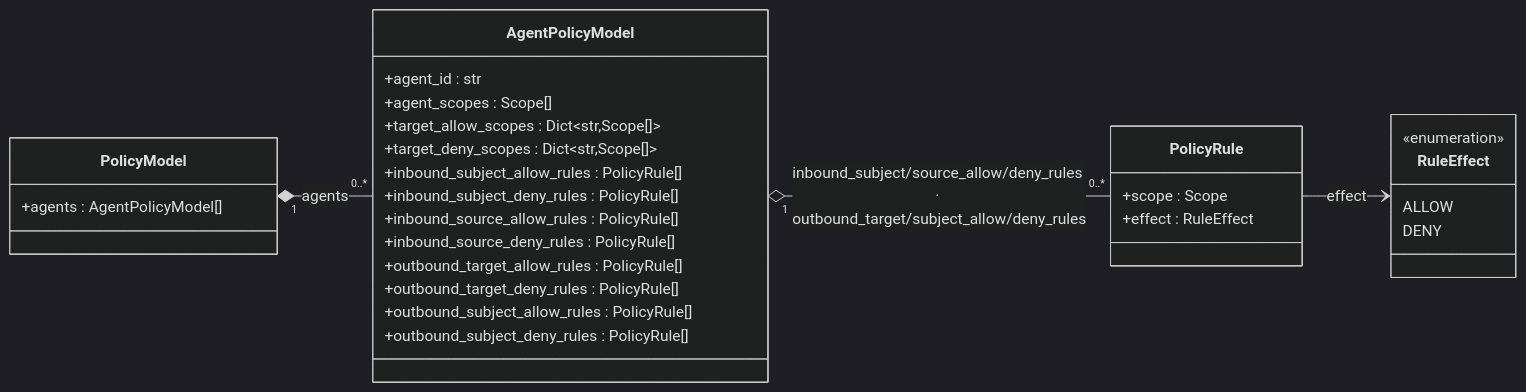
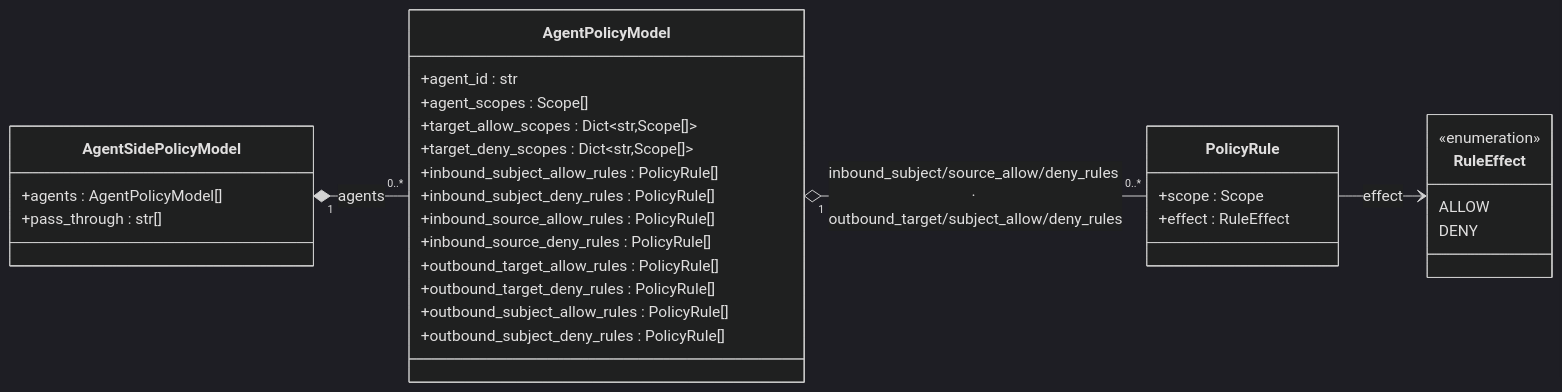
One commit to rossoctl/aiac changed the third of 3 diagrams in docs/specs/components/policy-model.md. Above: the diagram before and after it, drawn with Mermaid (dark theme). The commit also changed other lines of this file and 16 other files, not shown here.

````diff
--- a/docs/specs/components/policy-model.md
+++ b/docs/specs/components/policy-model.md
@@ -132,35 +178,36 @@
 ```mermaid
 classDiagram
     direction LR
 
-    class PolicyModel {
+    class AgentSidePolicyModel {
         +agents : AgentPolicyModel[]
+        +pass_through : str[]
     }
     class AgentPolicyModel {
         +agent_id : str
         +agent_scopes : Scope[]
         +target_allow_scopes : Dict~str,Scope[]~
         +target_deny_scopes : Dict~str,Scope[]~
         +inbound_subject_allow_rules : PolicyRule[]
         +inbound_subject_deny_rules : PolicyRule[]
         +inbound_source_allow_rules : PolicyRule[]
         +inbound_source_deny_rules : PolicyRule[]
         +outbound_target_allow_rules : PolicyRule[]
         +outbound_target_deny_rules : PolicyRule[]
         +outbound_subject_allow_rules : PolicyRule[]
         +outbound_subject_deny_rules : PolicyRule[]
     }
     class PolicyRule {
         +scope : Scope
         +effect : RuleEffect
     }
     class RuleEffect {
         <<enumeration>>
         ALLOW
         DENY
     }
 
-    PolicyModel "1" *-- "0..*" AgentPolicyModel : agents
+    AgentSidePolicyModel "1" *-- "0..*" AgentPolicyModel : agents
     AgentPolicyModel "1" o-- "0..*" PolicyRule : inbound_subject/source_allow/deny_rules · outbound_target/subject_allow/deny_rules
     PolicyRule --> RuleEffect : effect
 ```
````
